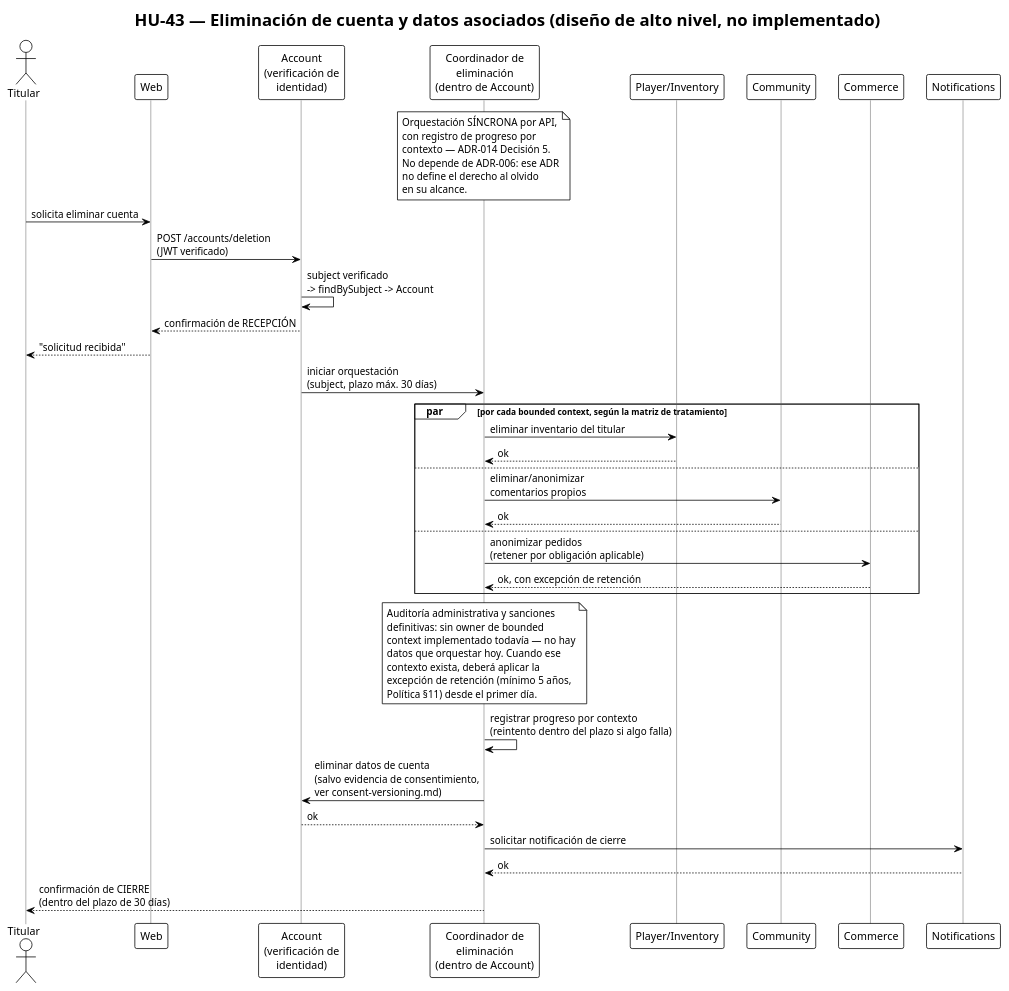
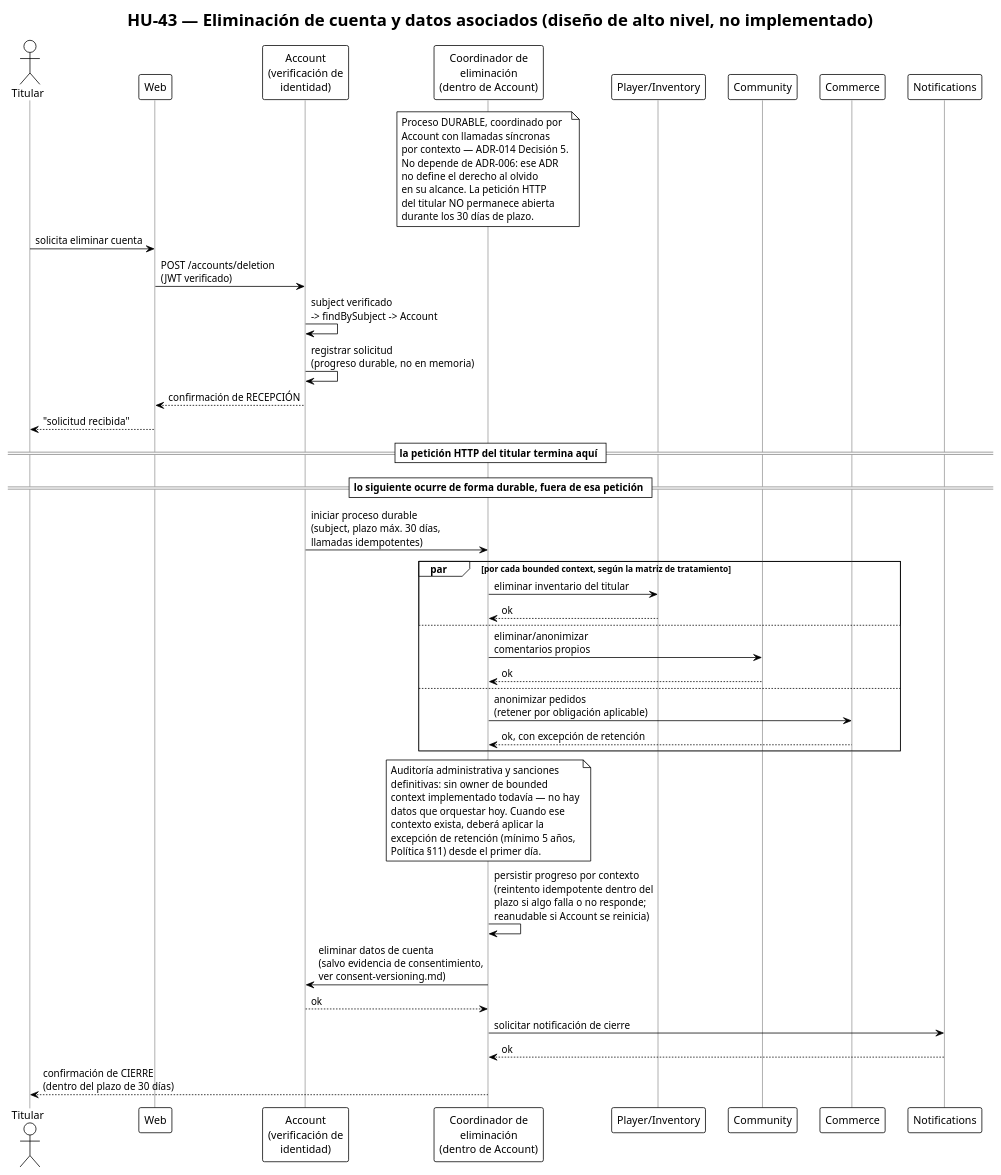
Before and after one commit to Nexus-Battle-VI/Nexus-Battle-Infrastructure: the diagram in docs/diagrams/hu-43-sequence-deletion.puml, drawn with PlantUML. The commit also changed 5 other files, not shown here.

```diff
--- a/docs/diagrams/hu-43-sequence-deletion.puml
+++ b/docs/diagrams/hu-43-sequence-deletion.puml
@@ -1,67 +1,73 @@
 @startuml hu-43-sequence-deletion
 !theme plain
 title HU-43 — Eliminación de cuenta y datos asociados (diseño de alto nivel, no implementado)
 
 skinparam defaultFontName sans-serif
 skinparam sequence {
   LifeLineBorderColor #999999
 }
 
 actor "Titular" as user
 participant "Web" as web
 participant "Account\n(verificación de\nidentidad)" as account
 participant "Coordinador de\neliminación\n(dentro de Account)" as orchestrator
 participant "Player/Inventory" as inventory
 participant "Community" as community
 participant "Commerce" as commerce
 participant "Notifications" as notify
 
 note over orchestrator
-  Orquestación SÍNCRONA por API,
-  con registro de progreso por
-  contexto — ADR-014 Decisión 5.
+  Proceso DURABLE, coordinado por
+  Account con llamadas síncronas
+  por contexto — ADR-014 Decisión 5.
   No depende de ADR-006: ese ADR
   no define el derecho al olvido
-  en su alcance.
+  en su alcance. La petición HTTP
+  del titular NO permanece abierta
+  durante los 30 días de plazo.
 end note
 
 user -> web : solicita eliminar cuenta
 web -> account : POST /accounts/deletion\n(JWT verificado)
 account -> account : subject verificado\n-> findBySubject -> Account
+account -> account : registrar solicitud\n(progreso durable, no en memoria)
 account --> web : confirmación de RECEPCIÓN
 web --> user : "solicitud recibida"
 
-account -> orchestrator : iniciar orquestación\n(subject, plazo máx. 30 días)
+== la petición HTTP del titular termina aquí ==
+== lo siguiente ocurre de forma durable, fuera de esa petición ==
+
+account -> orchestrator : iniciar proceso durable\n(subject, plazo máx. 30 días,\nllamadas idempotentes)
 
 par por cada bounded context, según la matriz de tratamiento
   orchestrator -> inventory : eliminar inventario del titular
   inventory --> orchestrator : ok
 else
   orchestrator -> community : eliminar/anonimizar\ncomentarios propios
   community --> orchestrator : ok
 else
   orchestrator -> commerce : anonimizar pedidos\n(retener por obligación aplicable)
   commerce --> orchestrator : ok, con excepción de retención
 end
 
 note over orchestrator
   Auditoría administrativa y sanciones
   definitivas: sin owner de bounded
   context implementado todavía — no hay
   datos que orquestar hoy. Cuando ese
   contexto exista, deberá aplicar la
   excepción de retención (mínimo 5 años,
   Política §11) desde el primer día.
 end note
 
-orchestrator -> orchestrator : registrar progreso por contexto\n(reintento dentro del plazo si algo falla)
+orchestrator -> orchestrator : persistir progreso por contexto\n(reintento idempotente dentro del\nplazo si algo falla o no responde;\nreanudable si Account se reinicia)
 
 orchestrator -> account : eliminar datos de cuenta\n(salvo evidencia de consentimiento,\nver consent-versioning.md)
 account --> orchestrator : ok
 
 orchestrator -> notify : solicitar notificación de cierre
 notify --> orchestrator : ok
 
 orchestrator --> user : confirmación de CIERRE\n(dentro del plazo de 30 días)
 
 @enduml
```
